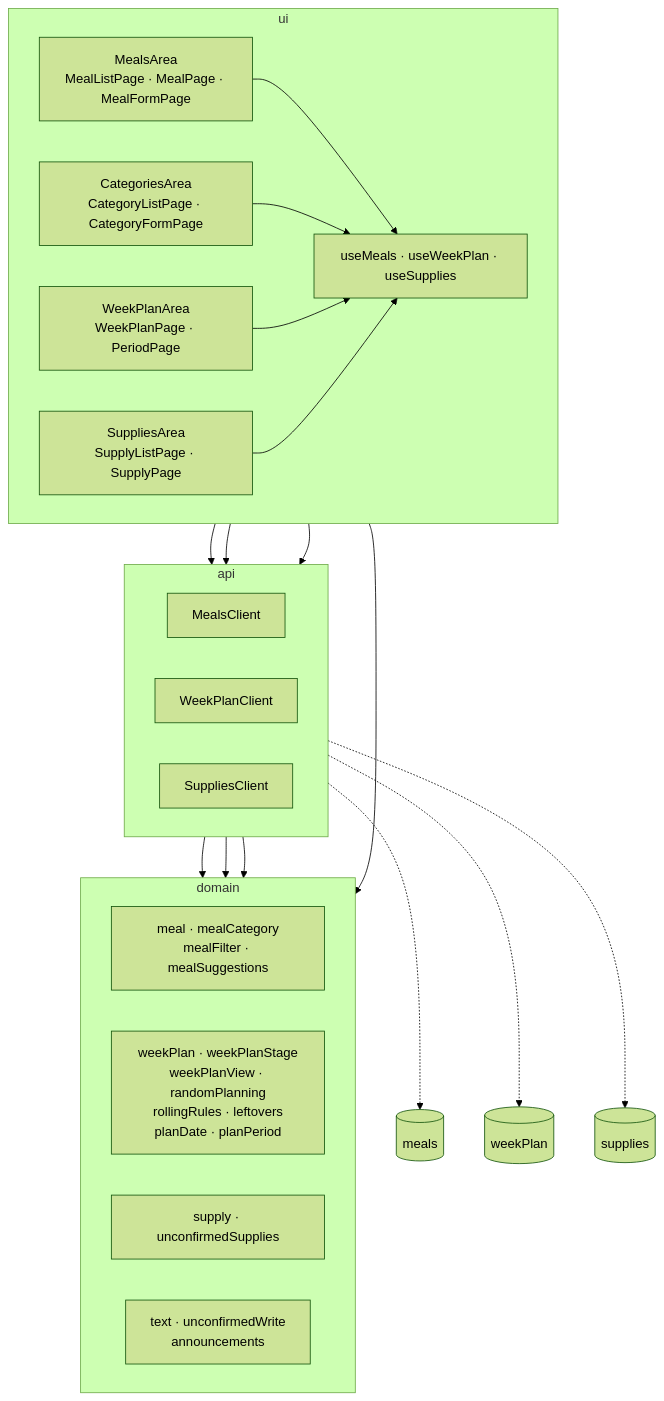
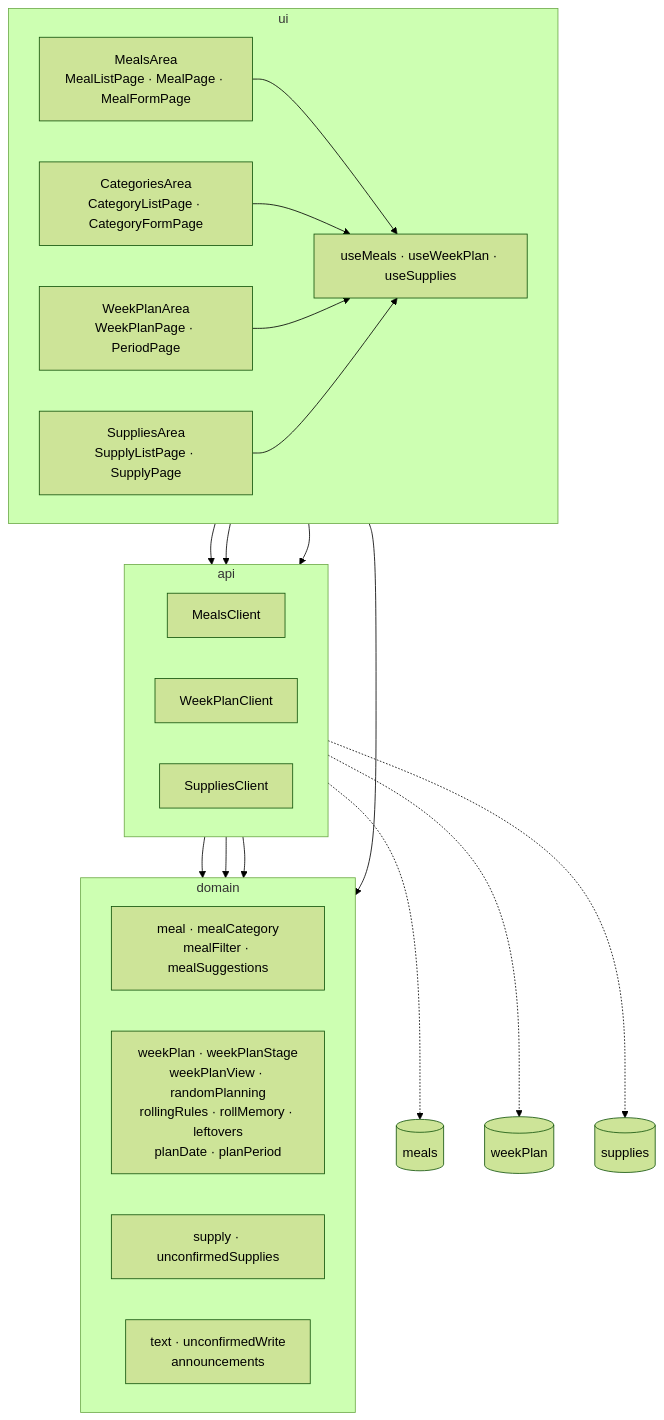
The fourth of 5 diagrams in docs/architektur/05-bausteinsicht.md (burnyWes/Mahlzeiten-Planer), drawn with Mermaid (forest theme) before and after one commit. The commit also changed 16 other files, not shown here.

````diff
--- a/docs/architektur/05-bausteinsicht.md
+++ b/docs/architektur/05-bausteinsicht.md
@@ -155,42 +155,42 @@
 ```mermaid
 flowchart TB
     subgraph ui["ui"]
         direction LR
         mealsArea["MealsArea<br/>MealListPage · MealPage · MealFormPage"]
         categoriesArea["CategoriesArea<br/>CategoryListPage · CategoryFormPage"]
         weekPlanArea["WeekPlanArea<br/>WeekPlanPage · PeriodPage"]
         suppliesArea["SuppliesArea<br/>SupplyListPage · SupplyPage"]
         hooks["useMeals · useWeekPlan · useSupplies"]
     end
 
     subgraph api["api"]
         direction LR
         mealsClient["MealsClient"]
         weekPlanClient["WeekPlanClient"]
         suppliesClient["SuppliesClient"]
     end
 
     subgraph domain["domain"]
         direction LR
         meal["meal · mealCategory<br/>mealFilter · mealSuggestions"]
-        weekPlan["weekPlan · weekPlanStage<br/>weekPlanView · randomPlanning<br/>rollingRules · leftovers<br/>planDate · planPeriod"]
+        weekPlan["weekPlan · weekPlanStage<br/>weekPlanView · randomPlanning<br/>rollingRules · rollMemory · leftovers<br/>planDate · planPeriod"]
         supply["supply · unconfirmedSupplies"]
         support["text · unconfirmedWrite<br/>announcements"]
     end
 
     mealsArea --> hooks
     categoriesArea --> hooks
     weekPlanArea --> hooks
     suppliesArea --> hooks
     hooks --> mealsClient
     hooks --> weekPlanClient
     hooks --> suppliesClient
     hooks --> domain
     mealsClient --> meal
     weekPlanClient --> weekPlan
     suppliesClient --> supply
 
     mealsClient -.-> meals[("meals")]
     weekPlanClient -.-> weekPlanDocs[("weekPlan")]
     suppliesClient -.-> supplies[("supplies")]
 ```
````
